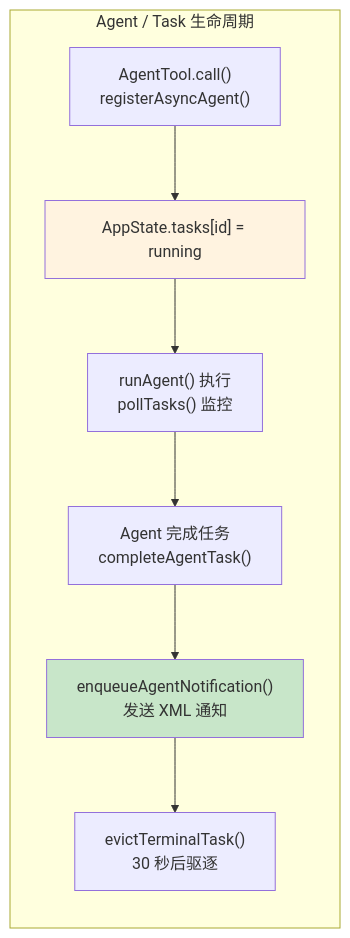
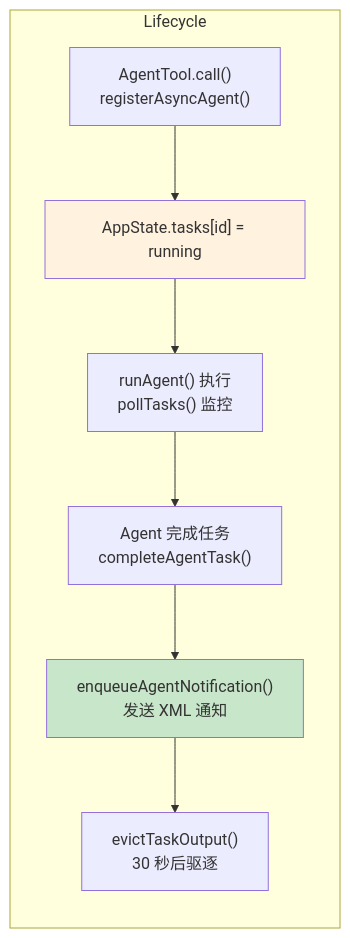
The second of 15 diagrams in harness/docs/deep/AGENT-SYSTEM.md (platootalp/harness-code), drawn with Mermaid before and after one commit. The commit also changed other lines of this file and 8 other files, not shown here.

First line of the commit message:
docs: review and fix docs/deep/ accuracy and mermaid rendering

````diff
--- a/harness/docs/deep/AGENT-SYSTEM.md
+++ b/harness/docs/deep/AGENT-SYSTEM.md
@@ -93,16 +93,16 @@
 ```mermaid
 flowchart LR
-    subgraph Lifecycle["Agent / Task 生命周期"]
+    subgraph Lifecycle
         L1["AgentTool.call()\nregisterAsyncAgent()"]
         L2["AppState.tasks[id] = running"]
         L3["runAgent() 执行\npollTasks() 监控"]
         L4["Agent 完成任务\ncompleteAgentTask()"]
         L5["enqueueAgentNotification()\n发送 XML 通知"]
-        L6["evictTerminalTask()\n30 秒后驱逐"]
+        L6["evictTaskOutput()\n30 秒后驱逐"]
     end
 
     L1 --> L2 --> L3 --> L4 --> L5 --> L6
 
     style L2 fill:#fff3e0
     style L5 fill:#c8e6c9
 ```
````
